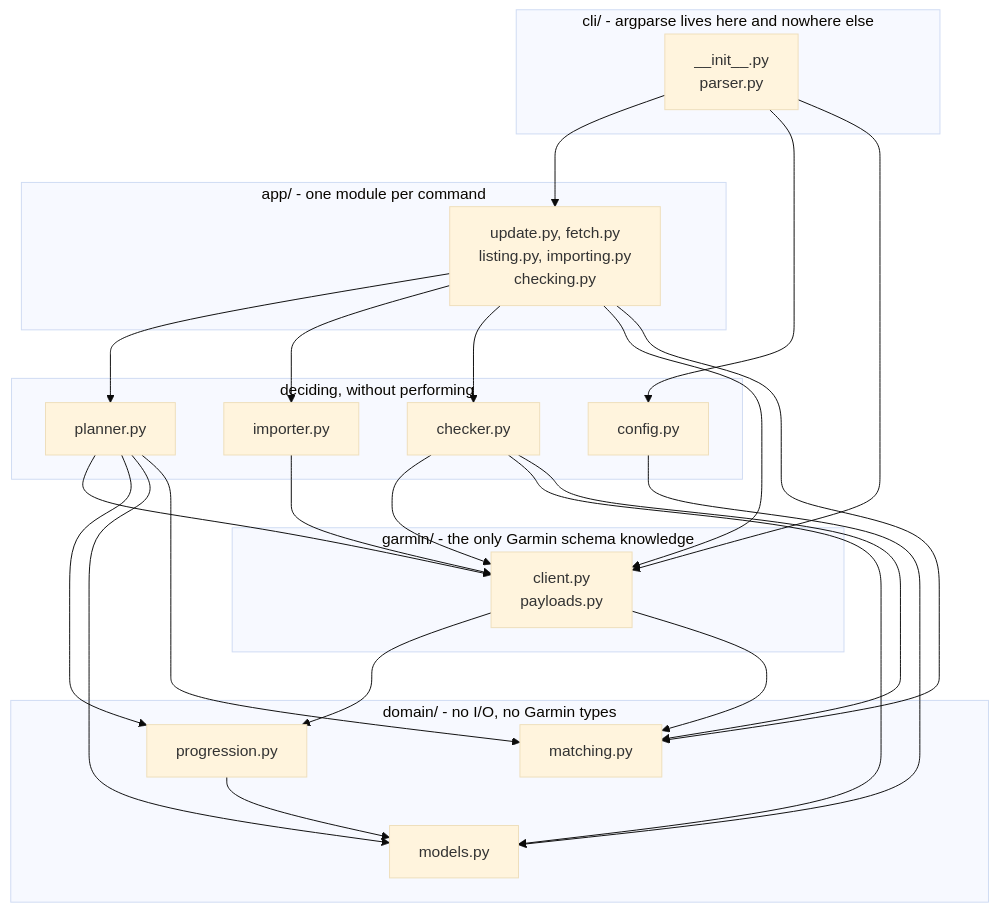
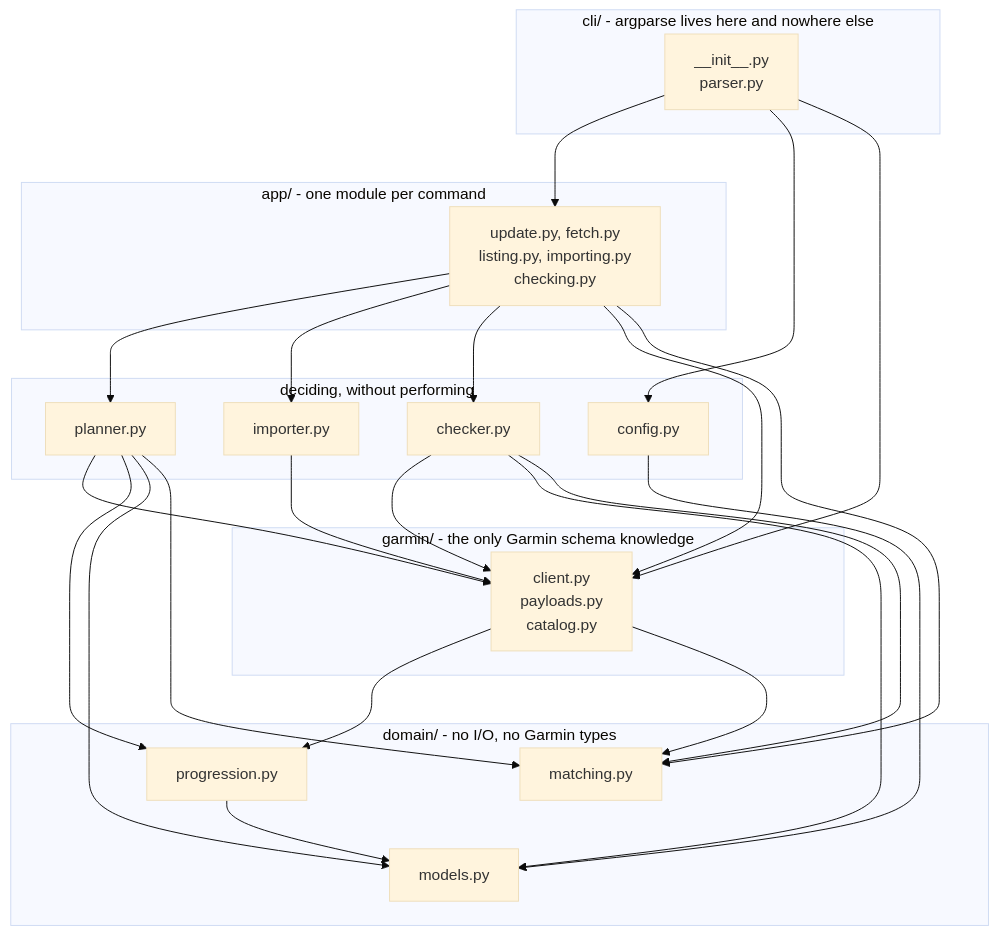
Before and after one commit to theadzik/repwise: the first of 2 diagrams in docs/architecture.md, drawn with Mermaid (base theme). The commit also changed other lines of this file and 16 other files, not shown here.

````diff
--- a/docs/architecture.md
+++ b/docs/architecture.md
@@ -67,37 +71,37 @@
 ```mermaid
 flowchart TD
     subgraph presentation["cli/ - argparse lives here and nowhere else"]
         cli["__init__.py<br/>parser.py"]
     end
 
     subgraph application["app/ - one module per command"]
         commands["update.py, fetch.py<br/>listing.py, importing.py<br/>checking.py"]
     end
 
     subgraph services["deciding, without performing"]
         planner["planner.py"]
         importer["importer.py"]
         checker["checker.py"]
         config["config.py"]
     end
 
     subgraph adapter["garmin/ - the only Garmin schema knowledge"]
-        garmin["client.py<br/>payloads.py"]
+        garmin["client.py<br/>payloads.py<br/>catalog.py"]
     end
 
     subgraph domain["domain/ - no I/O, no Garmin types"]
         progression["progression.py"]
         models["models.py"]
         matching["matching.py"]
     end
 
     cli --> commands
     cli --> config & garmin
     commands --> planner & importer & checker
     commands --> garmin & matching
     planner & importer & checker --> garmin
     planner & garmin --> progression
     planner & checker & config --> models
     planner & checker & garmin --> matching
     progression --> models
 ```
````
